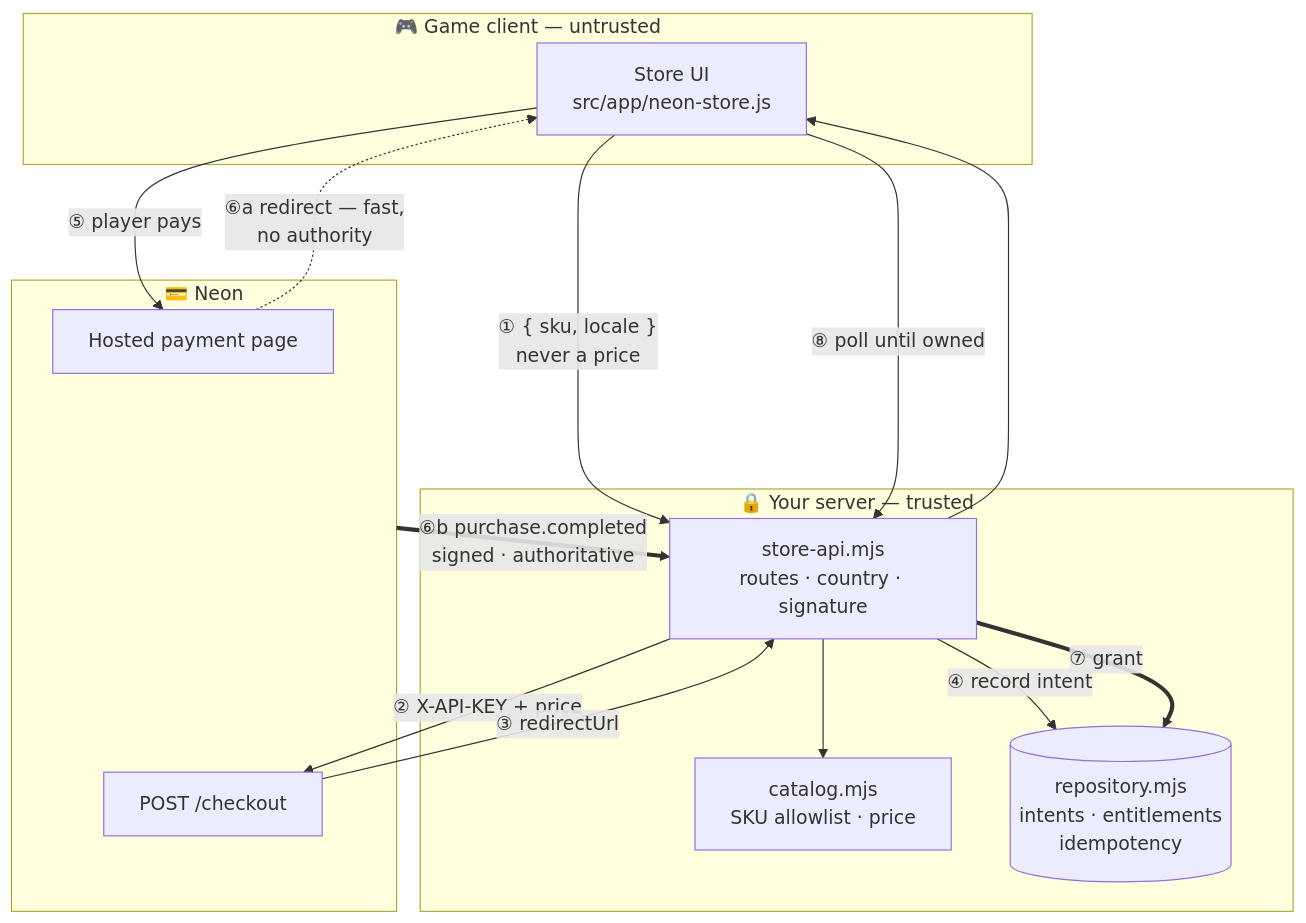
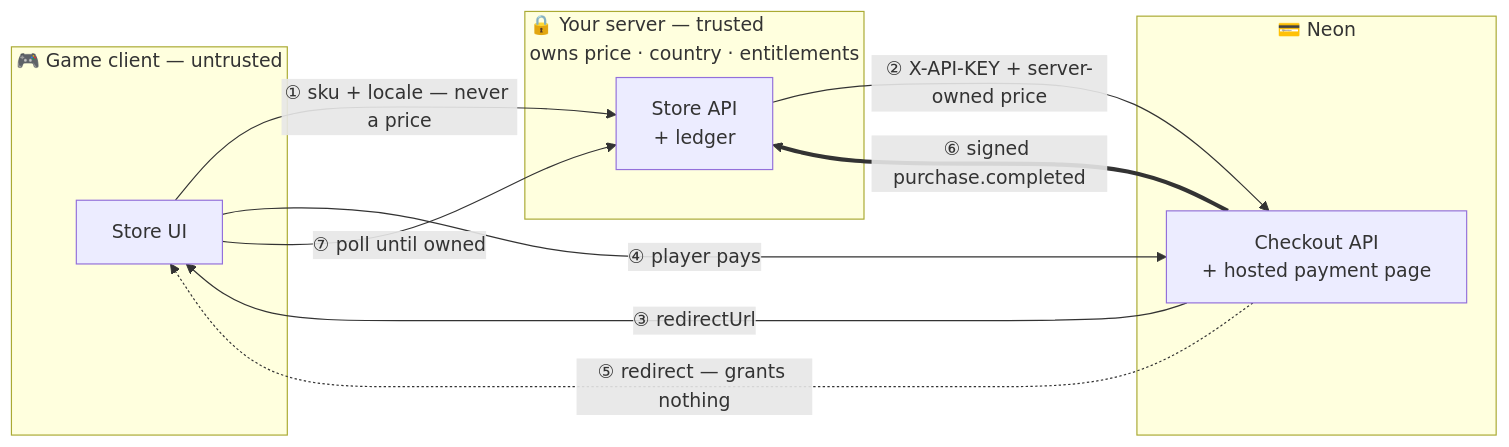
Before and after one commit to Hakhyun-Kim/neon-checkout-integration: the diagram in README.md, drawn with Mermaid.

Commit message:
Reduce the overview diagram to three actors
The first version drew the server's internal modules alongside the external
call sequence, and the auto-layout crossed eight edges over three subgraphs to
do it. An overview that has to be untangled is not an overview.

Client, server and Neon, with the seven numbered steps between them. The module
breakdown already has its own diagram in 01.

````diff
--- a/README.md
+++ b/README.md
@@ -16,30 +16,22 @@
 ```mermaid
-flowchart TB
+flowchart LR
     subgraph GAME["🎮 Game client — untrusted"]
-        STORE["Store UI<br/>src/app/neon-store.js"]
+        STORE["Store UI"]
     end
 
-    subgraph SRV["🔒 Your server — trusted"]
-        API["store-api.mjs<br/>routes · country · signature"]
-        CATALOG["catalog.mjs<br/>SKU allowlist · price"]
-        LEDGER[("repository.mjs<br/>intents · entitlements<br/>idempotency")]
+    subgraph SRV["🔒 Your server — trusted<br/>owns price · country · entitlements"]
+        API["Store API<br/>+ ledger"]
     end
 
     subgraph NEON["💳 Neon"]
-        CHECKOUT["POST /checkout"]
-        HOSTED["Hosted payment page"]
+        HOSTED["Checkout API<br/>+ hosted payment page"]
     end
 
-    STORE -->|"① { sku, locale }<br/>never a price"| API
-    API --> CATALOG
-    API -->|"② X-API-KEY + price"| CHECKOUT
-    CHECKOUT -->|"③ redirectUrl"| API
-    API -->|"④ record intent"| LEDGER
-    API --> STORE
-    STORE -->|"⑤ player pays"| HOSTED
-
-    HOSTED -.->|"⑥a redirect — fast,<br/>no authority"| STORE
-    NEON ==>|"⑥b purchase.completed<br/>signed · authoritative"| API
-    API ==>|"⑦ grant"| LEDGER
-    STORE -->|"⑧ poll until owned"| API
+    STORE -->|"① sku + locale — never a price"| API
+    API -->|"② X-API-KEY + server-owned price"| HOSTED
+    HOSTED -->|"③ redirectUrl"| STORE
+    STORE -->|"④ player pays"| HOSTED
+    HOSTED -.->|"⑤ redirect — grants nothing"| STORE
+    HOSTED ==>|"⑥ signed purchase.completed"| API
+    STORE -->|"⑦ poll until owned"| API
 ```
````
